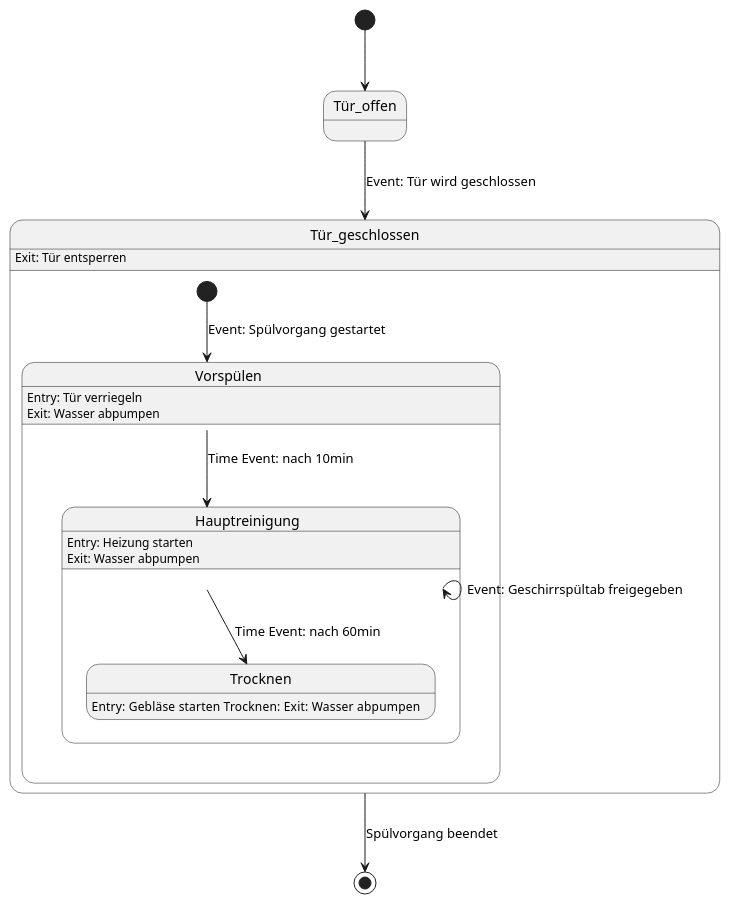
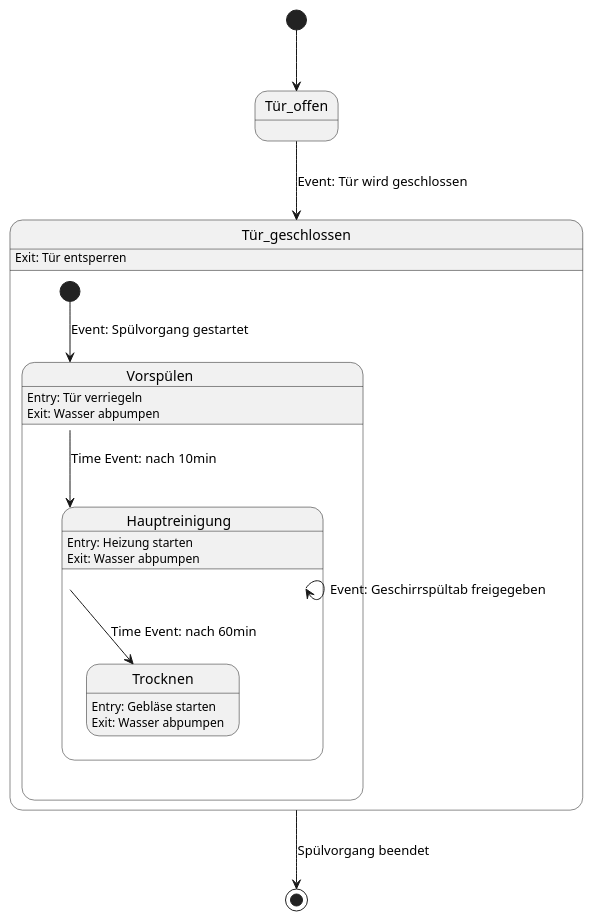
The diagram in example_dishwasher/dishwasher.puml (LuchsHub/PlantUML-StateChart-To-Python), drawn with PlantUML before and after one commit. The commit also changed 2 other files, not shown here.

```diff
--- a/example_dishwasher/dishwasher.puml
+++ b/example_dishwasher/dishwasher.puml
@@ -1,30 +1,31 @@
 @startuml
 [*] --> Tür_offen
 state Tür_offen
 Tür_offen --> Tür_geschlossen: Event: Tür wird geschlossen
 
 state Tür_geschlossen {
   Tür_geschlossen: Exit: Tür entsperren
 
   [*] --> Vorspülen: Event: Spülvorgang gestartet
 
   state Vorspülen {
     Vorspülen: Entry: Tür verriegeln
     Vorspülen: Exit: Wasser abpumpen
     Vorspülen --> Hauptreinigung: Time Event: nach 10min
   }
 
   state Hauptreinigung {
     Hauptreinigung: Entry: Heizung starten
     Hauptreinigung: Exit: Wasser abpumpen
     Hauptreinigung --> Hauptreinigung: Event: Geschirrspültab freigegeben
     Hauptreinigung --> Trocknen: Time Event: nach 60min
   }
 
   state Trocknen {
-    Trocknen: Entry: Gebläse starten    Trocknen: Exit: Wasser abpumpen
+    Trocknen: Entry: Gebläse starten
+    Trocknen: Exit: Wasser abpumpen
   }
 }
 
 Tür_geschlossen --> [*]: Spülvorgang beendet
 @enduml
```
